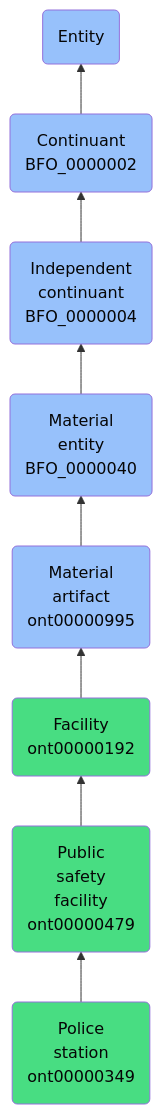
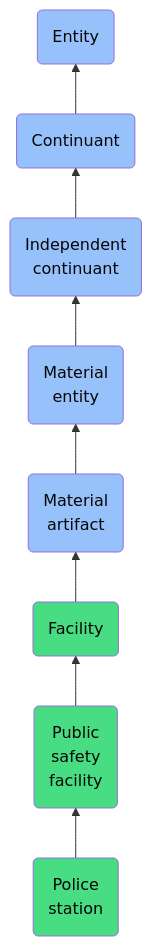
The diagram in docs/ontology/reference/model/Entity/Continuant/Independent continuant/Material entity/Material artifact/Facility/Public safety facility/Police station/Police station.md (jupyter-naas/abi), drawn with Mermaid before and after one commit. The commit also changed other lines of this file and 1430 other files, not shown here.

````diff
--- a/docs/ontology/reference/model/Entity/Continuant/Independent continuant/Material entity/Material artifact/Facility/Public safety facility/Police station/Police station.md
+++ b/docs/ontology/reference/model/Entity/Continuant/Independent continuant/Material entity/Material artifact/Facility/Public safety facility/Police station/Police station.md
@@ -24,15 +24,15 @@
 ```mermaid
 graph BT
-    ont00000349(Police<br>station<br>ont00000349):::ABI-->ont00000479
-    ont00000479(Public<br>safety<br>facility<br>ont00000479):::ABI-->ont00000192
-    ont00000192(Facility<br>ont00000192):::ABI-->ont00000995
-    ont00000995(Material<br>artifact<br>ont00000995):::BFO-->BFO_0000040
-    BFO_0000040(Material<br>entity<br>BFO_0000040):::BFO-->BFO_0000004
-    BFO_0000004(Independent<br>continuant<br>BFO_0000004):::BFO-->BFO_0000002
-    BFO_0000002(Continuant<br>BFO_0000002):::BFO-->BFO_0000001
+    ont00000349(Police<br>station):::ABI-->ont00000479
+    ont00000479(Public<br>safety<br>facility):::ABI-->ont00000192
+    ont00000192(Facility):::ABI-->ont00000995
+    ont00000995(Material<br>artifact):::BFO-->BFO_0000040
+    BFO_0000040(Material<br>entity):::BFO-->BFO_0000004
+    BFO_0000004(Independent<br>continuant):::BFO-->BFO_0000002
+    BFO_0000002(Continuant):::BFO-->BFO_0000001
     BFO_0000001(Entity):::BFO
     
     classDef BFO fill:#97c1fb,color:#060606
     classDef CCO fill:#e4c51e,color:#060606
     classDef ABI fill:#48DD82,color:#060606
 ```
````
